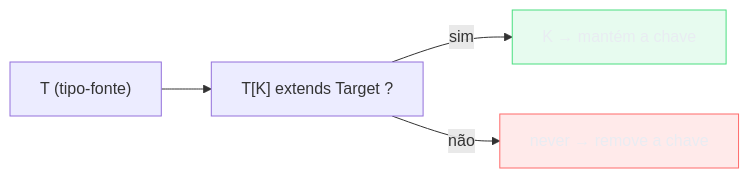
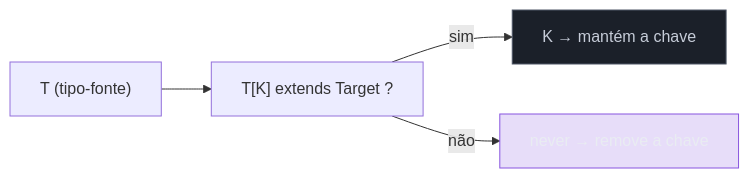
The fourth of 5 diagrams in 03-Dominios/Tecnologia/TypeScript/16 - Mapped types e key remapping.md (josenaldo/codex-technomanticus), drawn with Mermaid before and after one commit. The commit also changed other lines of this file and 601 other files, not shown here.

````diff
--- a/03-Dominios/Tecnologia/TypeScript/16 - Mapped types e key remapping.md
+++ b/03-Dominios/Tecnologia/TypeScript/16 - Mapped types e key remapping.md
@@ -364,16 +364,16 @@
 ```mermaid
 flowchart LR
-    classDef ok fill:#4ADE8021,stroke:#4ADE80,color:#E9ECF2
-    classDef falha fill:#FF6B6B24,stroke:#FF6B6B,color:#E9ECF2
+    classDef marca fill:#8855DF33,stroke:#8855DF,color:#E9ECF2
+    classDef neutro fill:#1B2029,stroke:#4E5666,color:#C6CCD8
     T["T (tipo-fonte)"]
     COND["T[K] extends Target ?"]
     K_YES["K → mantém a chave"]
     NEVER["never → remove a chave"]
 
     T --> COND
     COND -- "sim" --> K_YES
     COND -- "não" --> NEVER
 
-    class K_YES ok
-    class NEVER falha
+    class K_YES neutro
+    class NEVER marca
 ```
````
